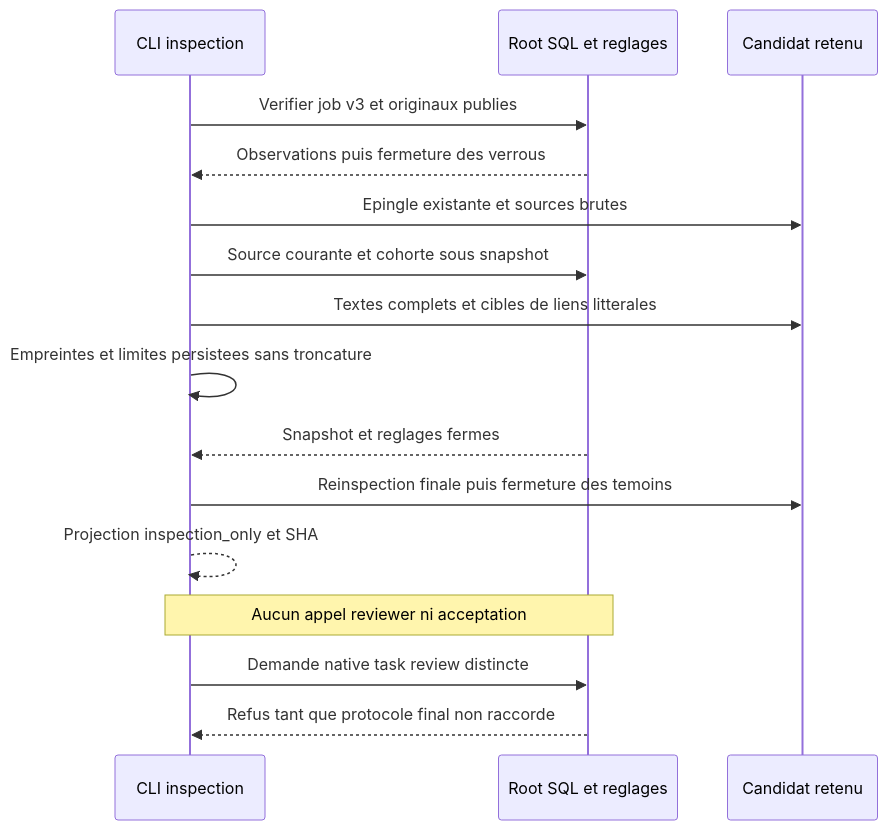
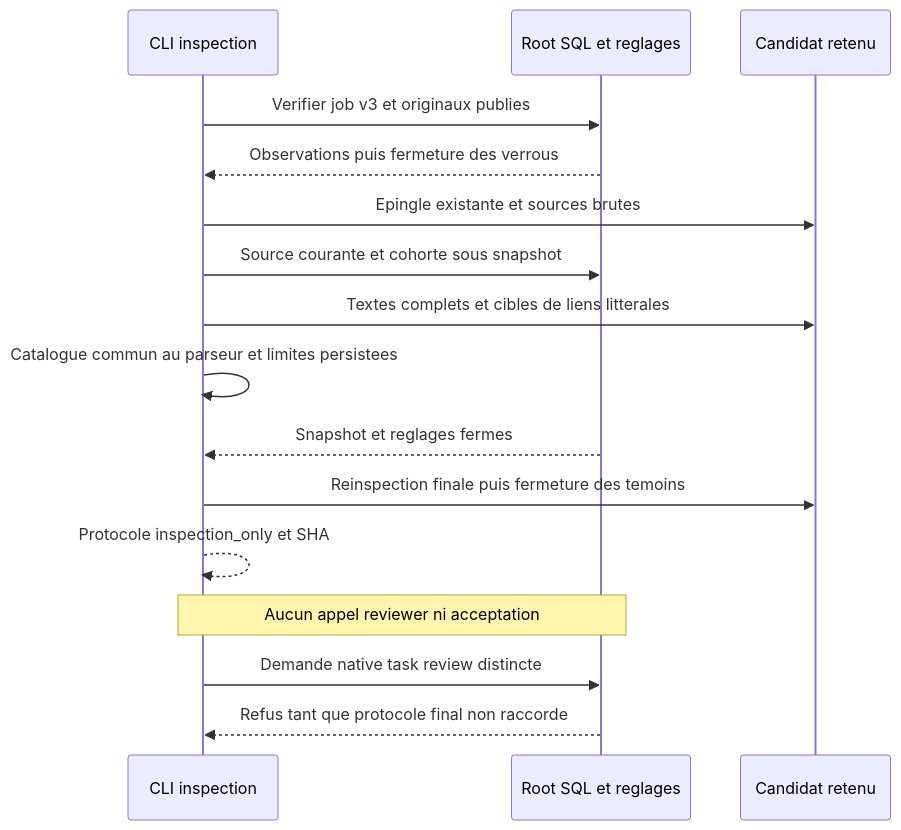
One commit to mo0ogly/swarm changed diagram 13 of 13 in docs/architecture/NATIVE-REVIEWER.md. Above: the diagram before and after it, drawn with Mermaid. The commit also changed other lines of this file and 17 other files, not shown here.

````diff
--- a/docs/architecture/NATIVE-REVIEWER.md
+++ b/docs/architecture/NATIVE-REVIEWER.md
@@ -873,18 +905,18 @@
 ```mermaid
 sequenceDiagram
     participant U as CLI inspection
     participant R as Root SQL et reglages
     participant C as Candidat retenu
     U->>R: Verifier job v3 et originaux publies
     R-->>U: Observations puis fermeture des verrous
     U->>C: Epingle existante et sources brutes
     U->>R: Source courante et cohorte sous snapshot
     U->>C: Textes complets et cibles de liens litterales
-    U->>U: Empreintes et limites persistees sans troncature
+    U->>U: Catalogue commun au parseur et limites persistees
     R-->>U: Snapshot et reglages fermes
     U->>C: Reinspection finale puis fermeture des temoins
-    U-->>U: Projection inspection_only et SHA
+    U-->>U: Protocole inspection_only et SHA
     Note over U,R: Aucun appel reviewer ni acceptation
     U->>R: Demande native task review distincte
     R-->>U: Refus tant que protocole final non raccorde
 ```
````
